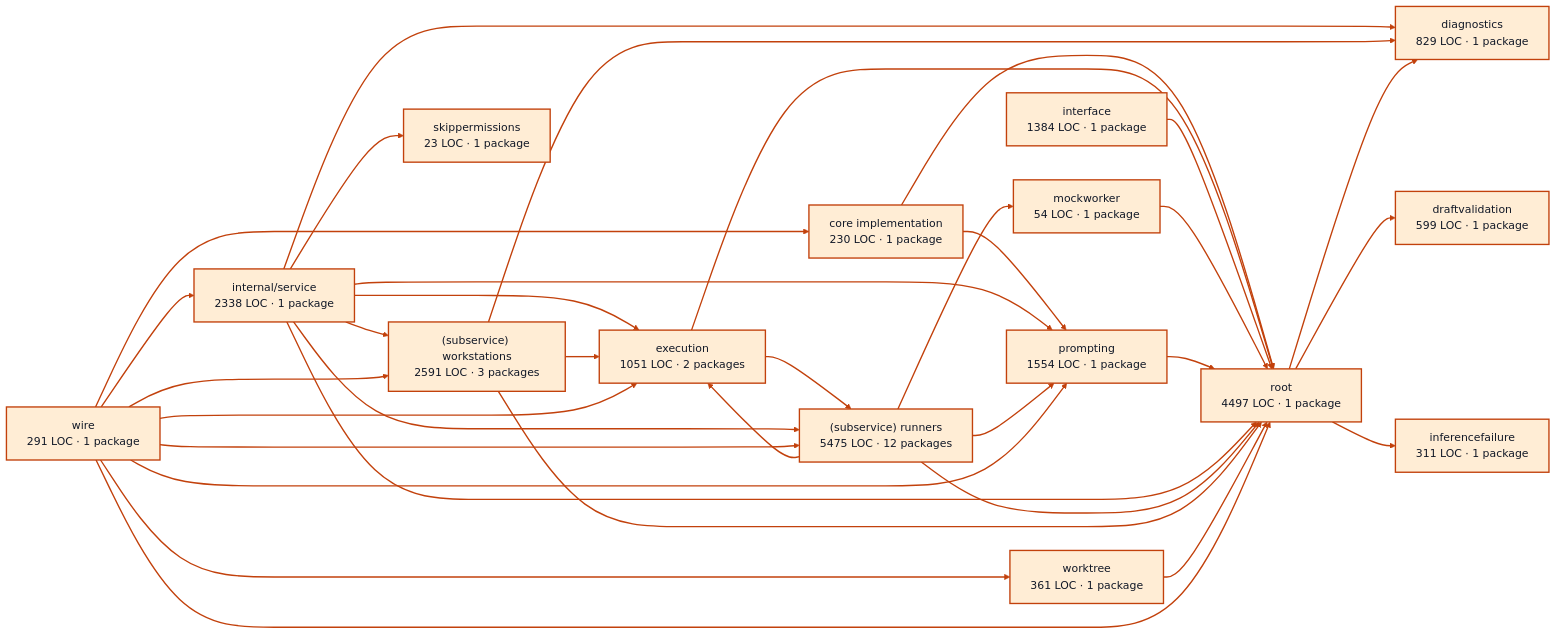
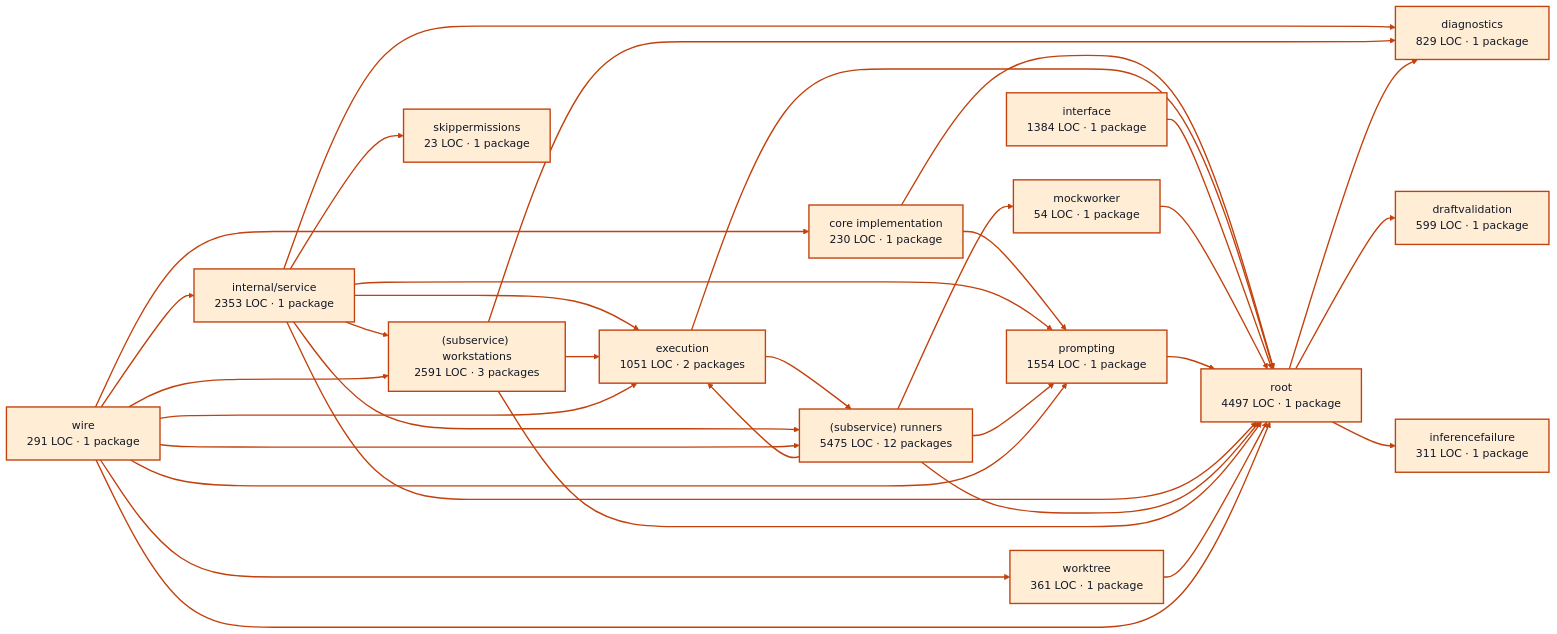
Before and after one commit to portpowered/you-agent-factory: the diagram in docs/architecture/visualizations/services/workers.md, drawn with Mermaid (neutral theme). The commit also changed other lines of this file and 21 other files, not shown here.

Commit message:
docs: refresh backend architecture visualizations

````diff
--- a/docs/architecture/visualizations/services/workers.md
+++ b/docs/architecture/visualizations/services/workers.md
@@ -11,67 +11,67 @@
 ```mermaid
 flowchart LR
   p0["core implementation<br/>230 LOC · 1 package"]
   p1["diagnostics<br/>829 LOC · 1 package"]
   p2["draftvalidation<br/>599 LOC · 1 package"]
   p3["execution<br/>1051 LOC · 2 packages"]
   p4["inferencefailure<br/>311 LOC · 1 package"]
   p5["interface<br/>1384 LOC · 1 package"]
   p6["mockworker<br/>54 LOC · 1 package"]
   p7["prompting<br/>1554 LOC · 1 package"]
-  p8["internal/service<br/>2338 LOC · 1 package"]
+  p8["internal/service<br/>2353 LOC · 1 package"]
   p9["(subservice) runners<br/>5475 LOC · 12 packages"]
   p10["(subservice) workstations<br/>2591 LOC · 3 packages"]
   p11["skippermissions<br/>23 LOC · 1 package"]
   p12["worktree<br/>361 LOC · 1 package"]
   p13["root<br/>4497 LOC · 1 package"]
   p14["wire<br/>291 LOC · 1 package"]
   p0 --> p7
   p0 --> p13
   p3 --> p9
   p3 --> p13
   p5 --> p13
   p6 --> p13
   p7 --> p13
   p8 --> p1
   p8 --> p3
   p8 --> p7
   p8 --> p9
   p8 --> p10
   p8 --> p11
   p8 --> p13
   p9 --> p3
   p9 --> p6
   p9 --> p7
   p9 --> p13
   p10 --> p1
   p10 --> p3
   p10 --> p13
   p12 --> p13
   p13 --> p1
   p13 --> p2
   p13 --> p4
   p14 --> p0
   p14 --> p3
   p14 --> p7
   p14 --> p8
   p14 --> p9
   p14 --> p10
   p14 --> p12
   p14 --> p13
   style p0 fill:#ffedd5,stroke:#c2410c,stroke-width:2px,color:#111827
   style p1 fill:#ffedd5,stroke:#c2410c,stroke-width:2px,color:#111827
   style p2 fill:#ffedd5,stroke:#c2410c,stroke-width:2px,color:#111827
   style p3 fill:#ffedd5,stroke:#c2410c,stroke-width:2px,color:#111827
   style p4 fill:#ffedd5,stroke:#c2410c,stroke-width:2px,color:#111827
   style p5 fill:#ffedd5,stroke:#c2410c,stroke-width:2px,color:#111827
   style p6 fill:#ffedd5,stroke:#c2410c,stroke-width:2px,color:#111827
   style p7 fill:#ffedd5,stroke:#c2410c,stroke-width:2px,color:#111827
   style p8 fill:#ffedd5,stroke:#c2410c,stroke-width:2px,color:#111827
   style p9 fill:#ffedd5,stroke:#c2410c,stroke-width:2px,color:#111827
   style p10 fill:#ffedd5,stroke:#c2410c,stroke-width:2px,color:#111827
   style p11 fill:#ffedd5,stroke:#c2410c,stroke-width:2px,color:#111827
   style p12 fill:#ffedd5,stroke:#c2410c,stroke-width:2px,color:#111827
   style p13 fill:#ffedd5,stroke:#c2410c,stroke-width:2px,color:#111827
   style p14 fill:#ffedd5,stroke:#c2410c,stroke-width:2px,color:#111827
   linkStyle default stroke:#c2410c,stroke-width:2px
 ```
````
